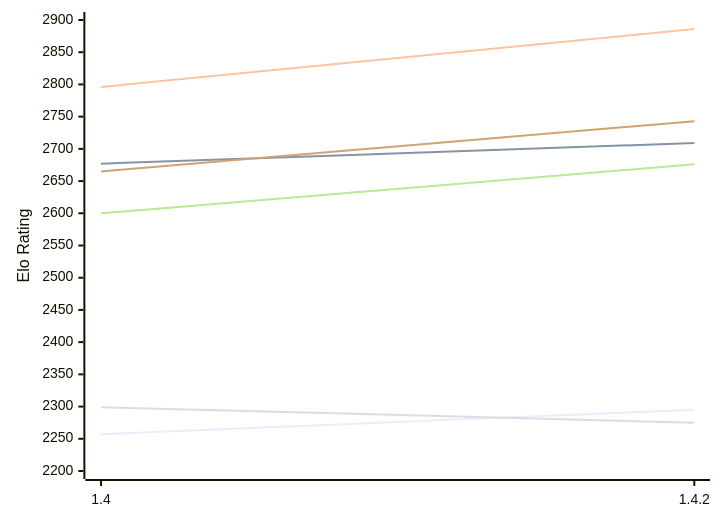
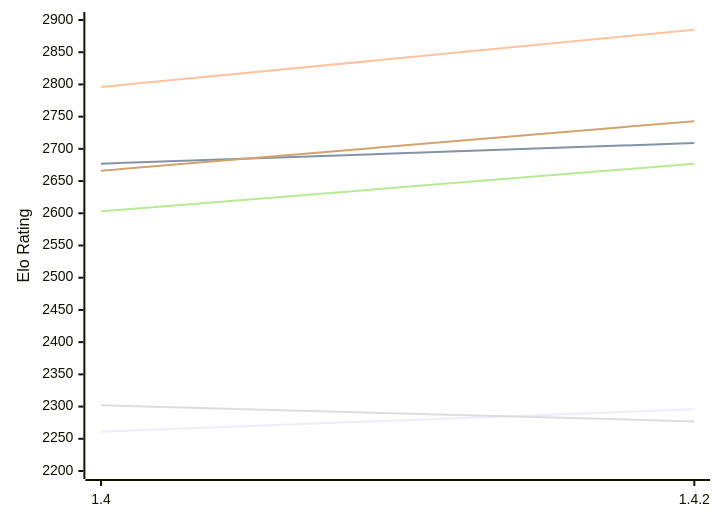
The first of 2 diagrams in engines/Spike.md (computer-chess-index/cci), drawn with Mermaid before and after one commit. The commit also changed other lines of this file, not shown here.

Commit message:
Update CCI Ratings (ELO VLTC) - 2026-11-19

````diff
--- a/engines/Spike.md
+++ b/engines/Spike.md
@@ -50,12 +50,12 @@
 ```mermaid
 %%{init: {"theme":"base","themeVariables":{"seriesColors:['#a3a3a3','#222221','#faa371']}}}%%
 xychart-beta
   x-axis ["1.4", "1.4.2"]
   y-axis "Elo Rating" 2200 --> 2900
-  line "E1: STC (8.0+0.08s)" [2257, 2295]
+  line "E1: STC (8.0+0.08s)" [2261, 2296]
   line "E1: LTC (60.0+0.60s)" [2677, 2709]
-  line "E1: VLTC (2m24s+1.12s)" [2796, 2886]
-  line "P1: STC (8.0+0.08s)" [2299, 2275]
-  line "P1: LTC (60.0+0.60s)" [2600, 2676]
-  line "P1: VLTC (2m24s+1.12s)" [2665, 2743]
+  line "E1: VLTC (2m24s+1.12s)" [2796, 2885]
+  line "P1: STC (8.0+0.08s)" [2302, 2277]
+  line "P1: LTC (60.0+0.60s)" [2603, 2677]
+  line "P1: VLTC (2m24s+1.12s)" [2666, 2743]
 ```
````
